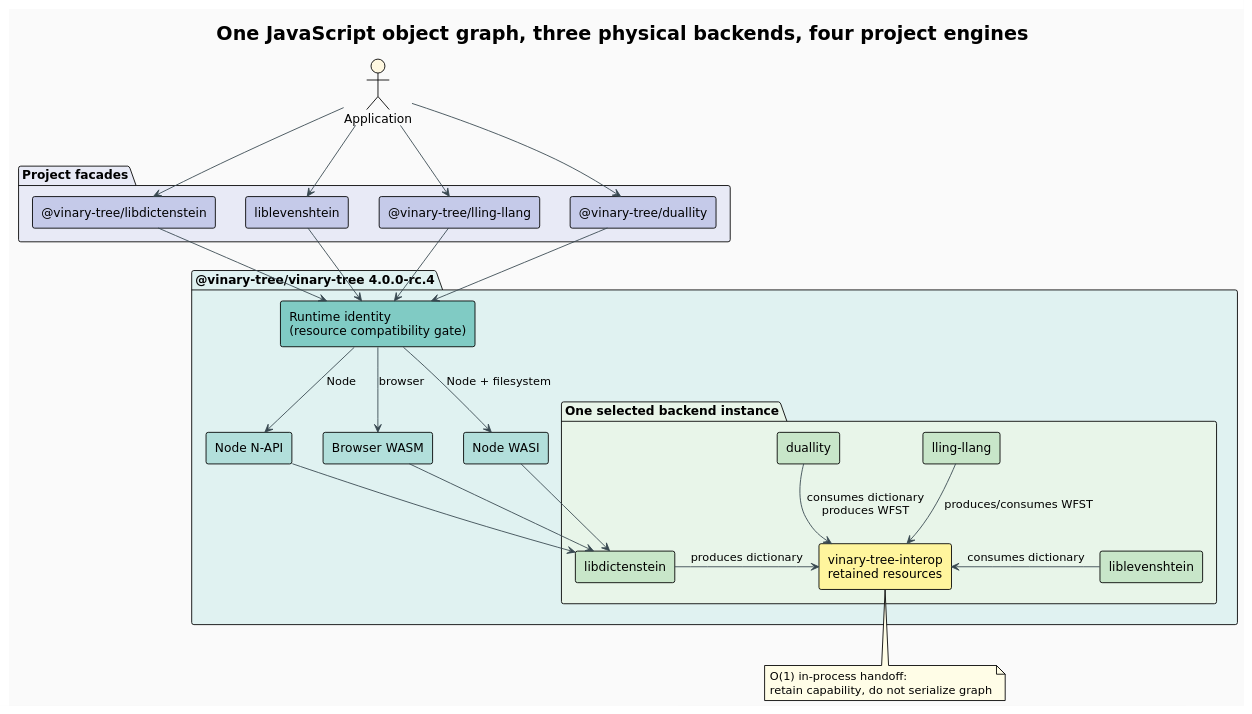
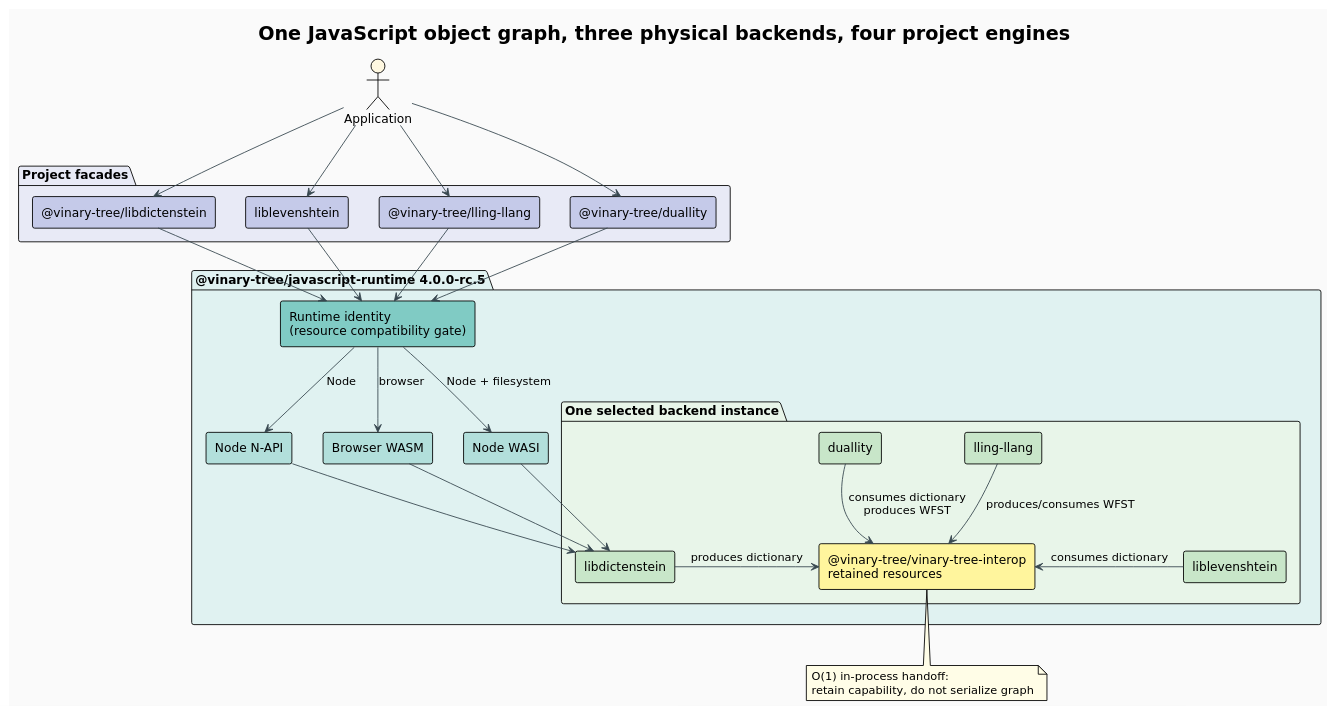
One commit to vinary-tree/javascript-runtime changed the diagram in docs/diagrams/runtime-architecture.puml. Above: the diagram before and after it, drawn with PlantUML. The commit also changed 23 other files, not shown here.

```diff
--- a/docs/diagrams/runtime-architecture.puml
+++ b/docs/diagrams/runtime-architecture.puml
@@ -1,56 +1,56 @@
 @startuml
 !theme plain
 skinparam backgroundColor #FAFAFA
 skinparam shadowing false
 skinparam componentStyle rectangle
 skinparam ArrowColor #37474F
 skinparam defaultFontName DejaVu Sans
 title One JavaScript object graph, three physical backends, four project engines
 
 actor "Application" as app #FFF8E1
 
 package "Project facades" #E8EAF6 {
   component "@vinary-tree/libdictenstein" as dictFacade #C5CAE9
   component "liblevenshtein" as levFacade #C5CAE9
   component "@vinary-tree/lling-llang" as llingFacade #C5CAE9
   component "@vinary-tree/duallity" as dualFacade #C5CAE9
 }
 
-package "@vinary-tree/vinary-tree 4.0.0-rc.4" #E0F2F1 {
+package "@vinary-tree/javascript-runtime 4.0.0-rc.5" #E0F2F1 {
   component "Runtime identity\n(resource compatibility gate)" as identity #80CBC4
   component "Node N-API" as napi #B2DFDB
   component "Browser WASM" as wasm #B2DFDB
   component "Node WASI" as wasi #B2DFDB
   package "One selected backend instance" #E8F5E9 {
     component "libdictenstein" as dict #C8E6C9
     component "liblevenshtein" as lev #C8E6C9
     component "lling-llang" as lling #C8E6C9
     component "duallity" as dual #C8E6C9
-    component "vinary-tree-interop\nretained resources" as interop #FFF59D
+    component "@vinary-tree/vinary-tree-interop\nretained resources" as interop #FFF59D
   }
 }
 
 app --> dictFacade
 app --> levFacade
 app --> llingFacade
 app --> dualFacade
 dictFacade --> identity
 levFacade --> identity
 llingFacade --> identity
 dualFacade --> identity
 identity --> napi : Node
 identity --> wasm : browser
 identity --> wasi : Node + filesystem
 napi --> dict
 wasm --> dict
 wasi --> dict
 dict -right-> interop : produces dictionary
 lev -left-> interop : consumes dictionary
 dual --> interop : consumes dictionary\nproduces WFST
 lling --> interop : produces/consumes WFST
 
 note bottom of interop #FFFDE7
   O(1) in-process handoff:
   retain capability, do not serialize graph
 end note
 @enduml
```
